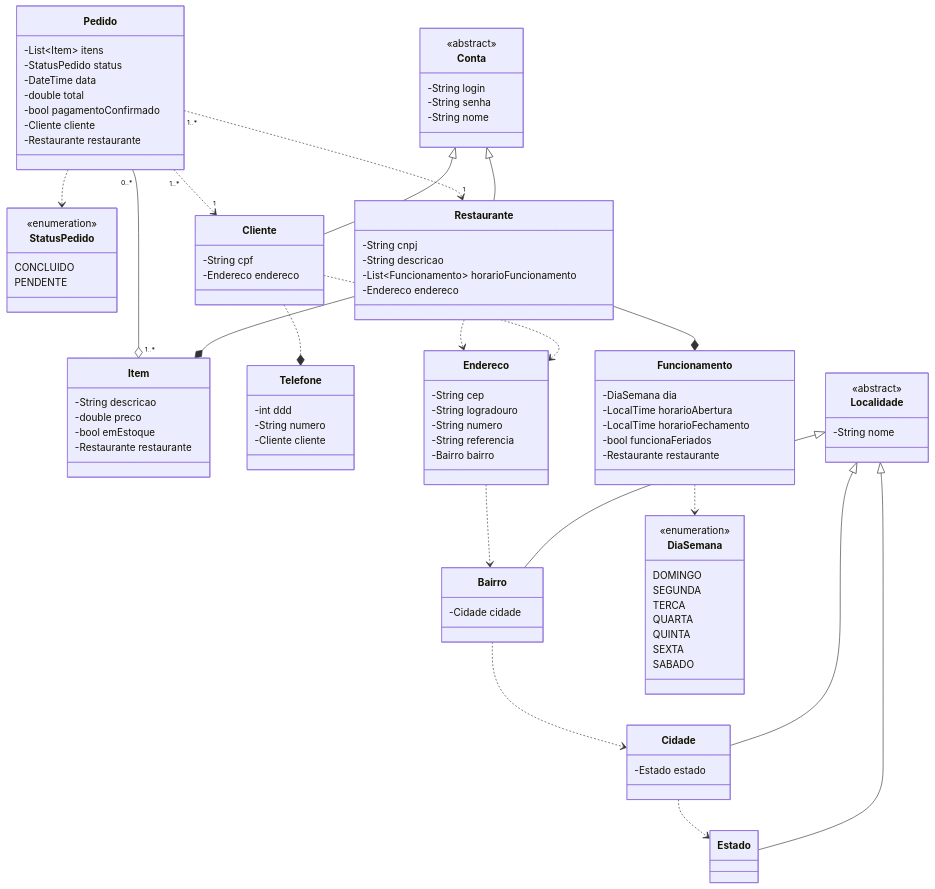
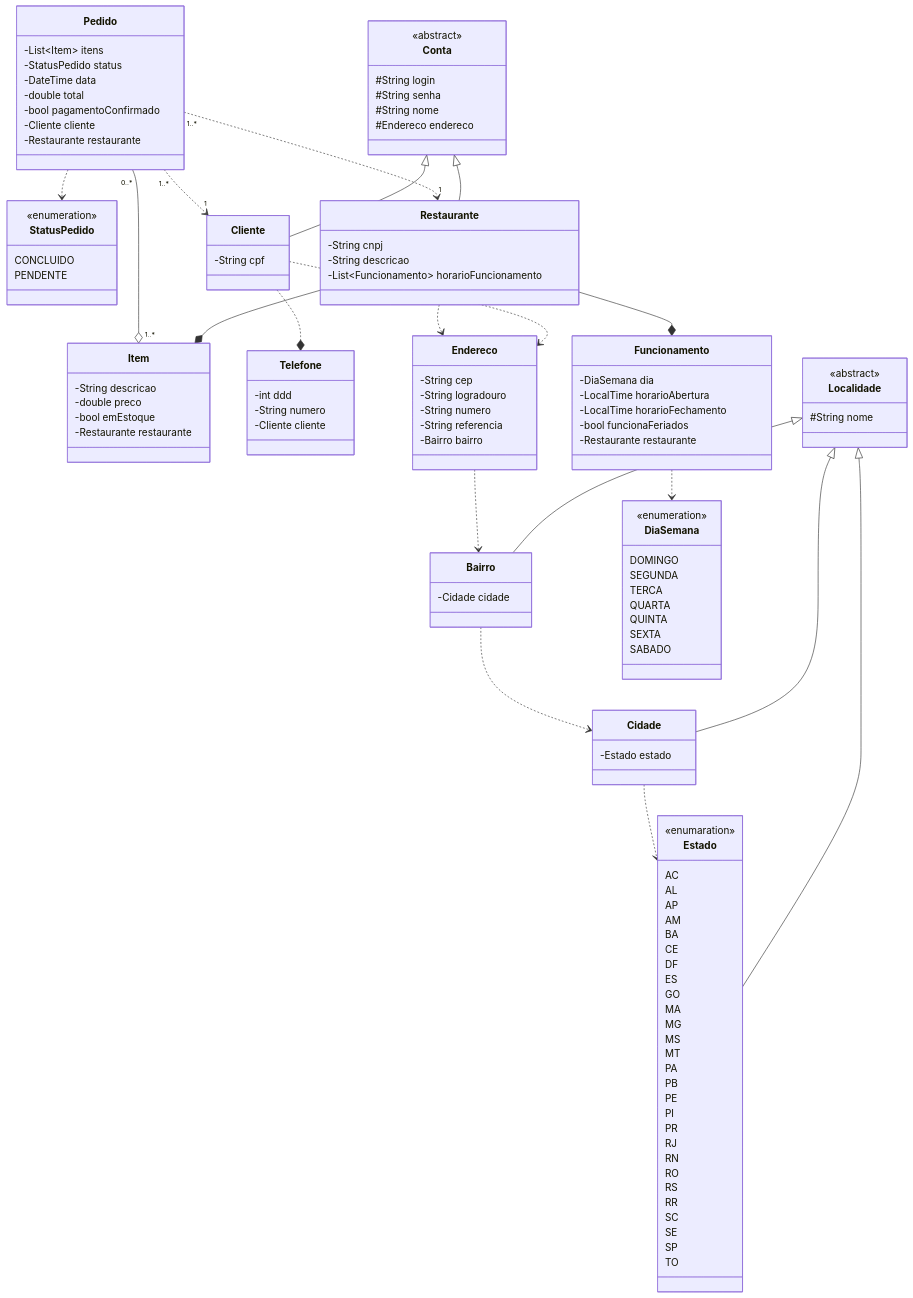
One commit to gxrj/dio-santander2023 changed the diagram in desafio-final-backend-dio-santander2023/README.md. Above: the diagram before and after it, drawn with Mermaid. The commit also changed 8 other files, not shown here.

```diff
--- a/desafio-final-backend-dio-santander2023/README.md
+++ b/desafio-final-backend-dio-santander2023/README.md
@@ -38,7 +38,6 @@
     }
     class Cliente{
         -String cpf
-        -Endereco endereco
     }
     class Telefone{
         -int ddd
@@ -59,22 +58,50 @@
         -Estado estado
     }
     class Estado{
+        <<enumaration>>
+        AC
+        AL
+        AP
+        AM
+        BA
+        CE
+        DF
+        ES
+        GO
+        MA
+        MG
+        MS
+        MT
+        PA
+        PB
+        PE
+        PI
+        PR
+        RJ
+        RN
+        RO
+        RS
+        RR
+        SC
+        SE
+        SP
+        TO
     }
     class Localidade{
         <<abstract>>
-        -String nome
+        #String nome
     }
     class Conta{
         <<abstract>>
-        -String login
-        -String senha
-        -String nome
+        #String login
+        #String senha
+        #String nome
+        #Endereco endereco
     }
     class Restaurante{
         -String cnpj
         -String descricao
         -List~Funcionamento~ horarioFuncionamento
-        -Endereco endereco
     }
     class Funcionamento{
         -DiaSemana dia
```
